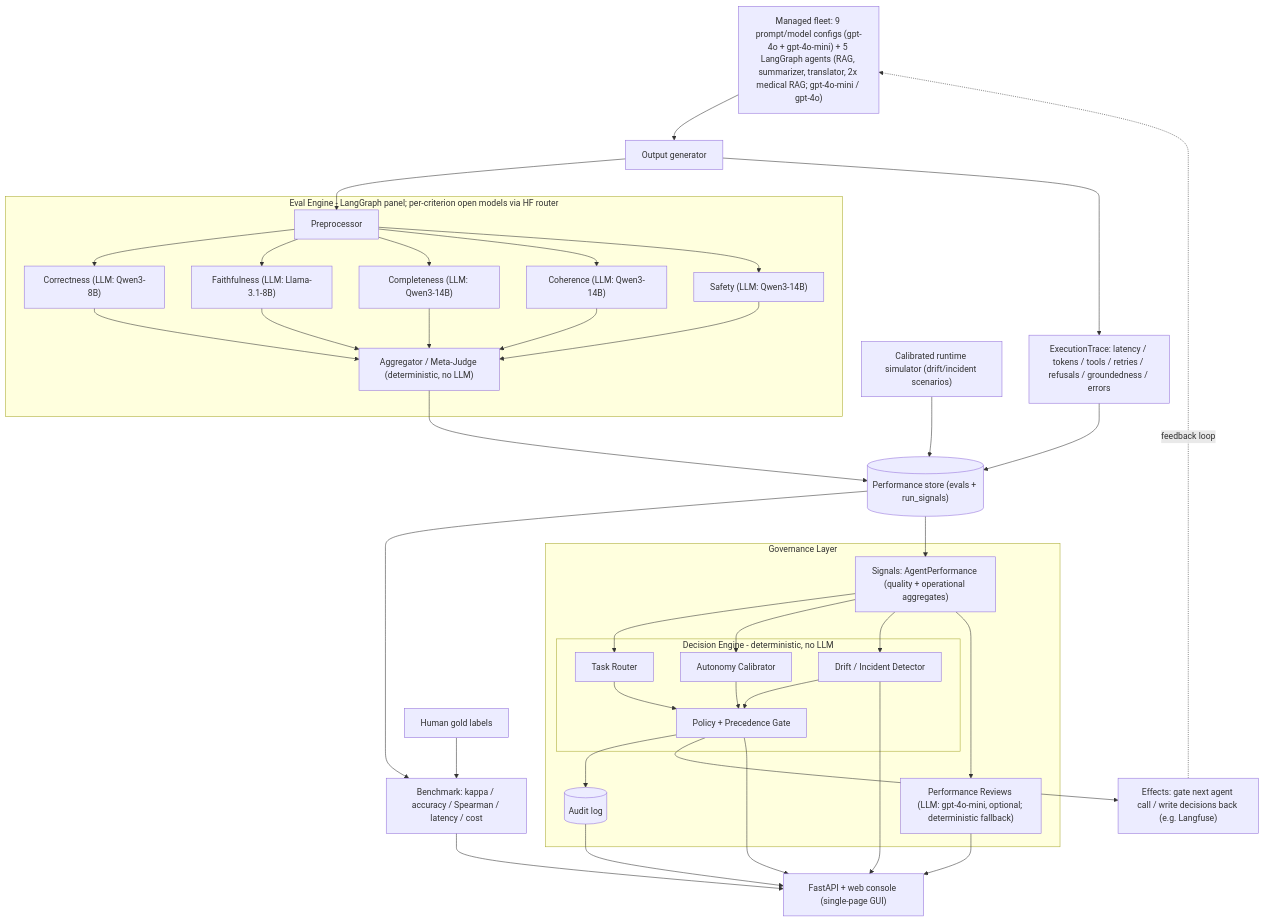
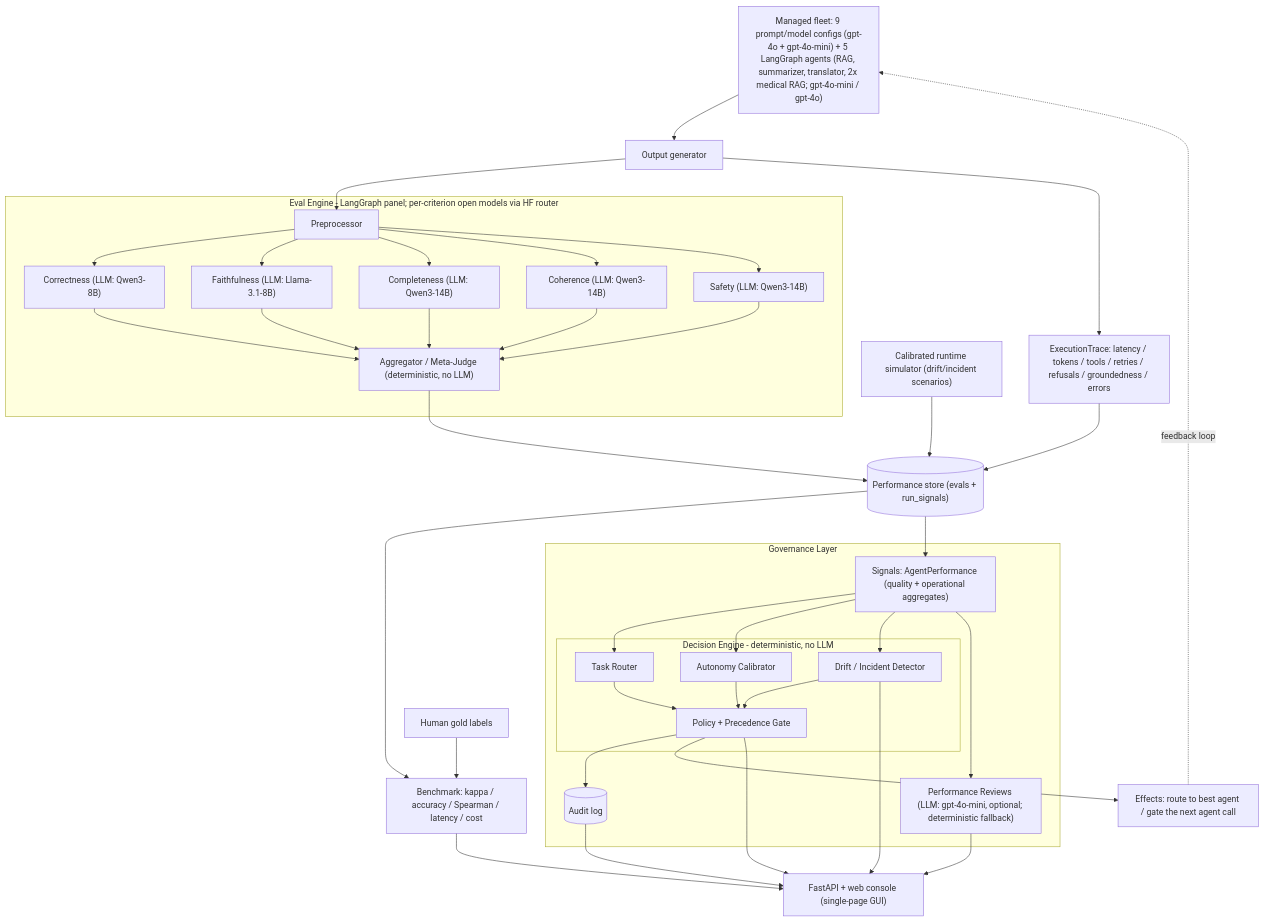
One commit to GaliDev/potential-train changed the diagram in docs/report.md. Above: the diagram before and after it, drawn with Mermaid. The commit also changed other lines of this file and 1 other file, not shown here.

````diff
--- a/docs/report.md
+++ b/docs/report.md
@@ -110,48 +145,48 @@
 ```mermaid
 flowchart TD
     Fleet["Managed fleet: 9 prompt/model configs (gpt-4o + gpt-4o-mini) + 5 LangGraph agents (RAG, summarizer, translator, 2x medical RAG; gpt-4o-mini / gpt-4o)"] --> Gen[Output generator]
     Sim["Calibrated runtime simulator (drift/incident scenarios)"] --> Store
     Gen --> Pre[Preprocessor]
     Gen --> Trace["ExecutionTrace: latency / tokens / tools / retries / refusals / groundedness / errors"]
     subgraph eval [Eval Engine - LangGraph panel; per-criterion open models via HF router]
       Pre --> Correct["Correctness (LLM: Qwen3-8B)"]
       Pre --> Faith["Faithfulness (LLM: Llama-3.1-8B)"]
       Pre --> Complete["Completeness (LLM: Qwen3-14B)"]
       Pre --> Coh["Coherence (LLM: Qwen3-14B)"]
       Pre --> Safe["Safety (LLM: Qwen3-14B)"]
       Correct --> Agg["Aggregator / Meta-Judge (deterministic, no LLM)"]
       Faith --> Agg
       Complete --> Agg
       Coh --> Agg
       Safe --> Agg
     end
     Agg --> Store[("Performance store (evals + run_signals)")]
     Trace --> Store
     Gold["Human gold labels"] --> Bench["Benchmark: kappa / accuracy / Spearman / latency / cost"]
     Store --> Bench
     subgraph gov [Governance Layer]
       Signals["Signals: AgentPerformance (quality + operational aggregates)"]
       subgraph engine [Decision Engine - deterministic, no LLM]
         Router[Task Router]
         Autonomy[Autonomy Calibrator]
         Drift[Drift / Incident Detector]
         Policy["Policy + Precedence Gate"]
         Router --> Policy
         Autonomy --> Policy
         Drift --> Policy
       end
       Signals --> Router
       Signals --> Autonomy
       Signals --> Drift
       Signals --> Review["Performance Reviews (LLM: gpt-4o-mini, optional; deterministic fallback)"]
       Policy --> Audit[("Audit log")]
     end
     Store --> Signals
-    Policy --> Effects["Effects: gate next agent call / write decisions back (e.g. Langfuse)"]
+    Policy --> Effects["Effects: route to best agent / gate the next agent call"]
     Effects -. feedback loop .-> Fleet
     Bench --> UI["FastAPI + web console (single-page GUI)"]
     Policy --> UI
     Review --> UI
     Drift --> UI
     Audit --> UI
 ```
````
